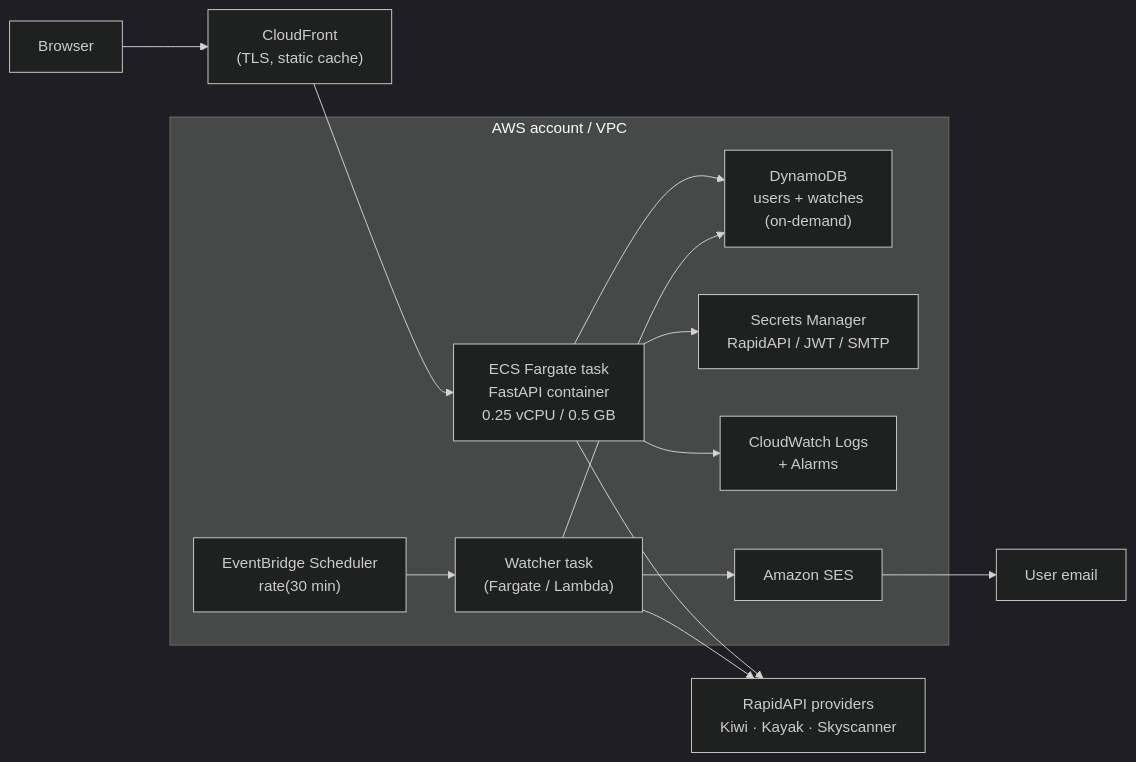
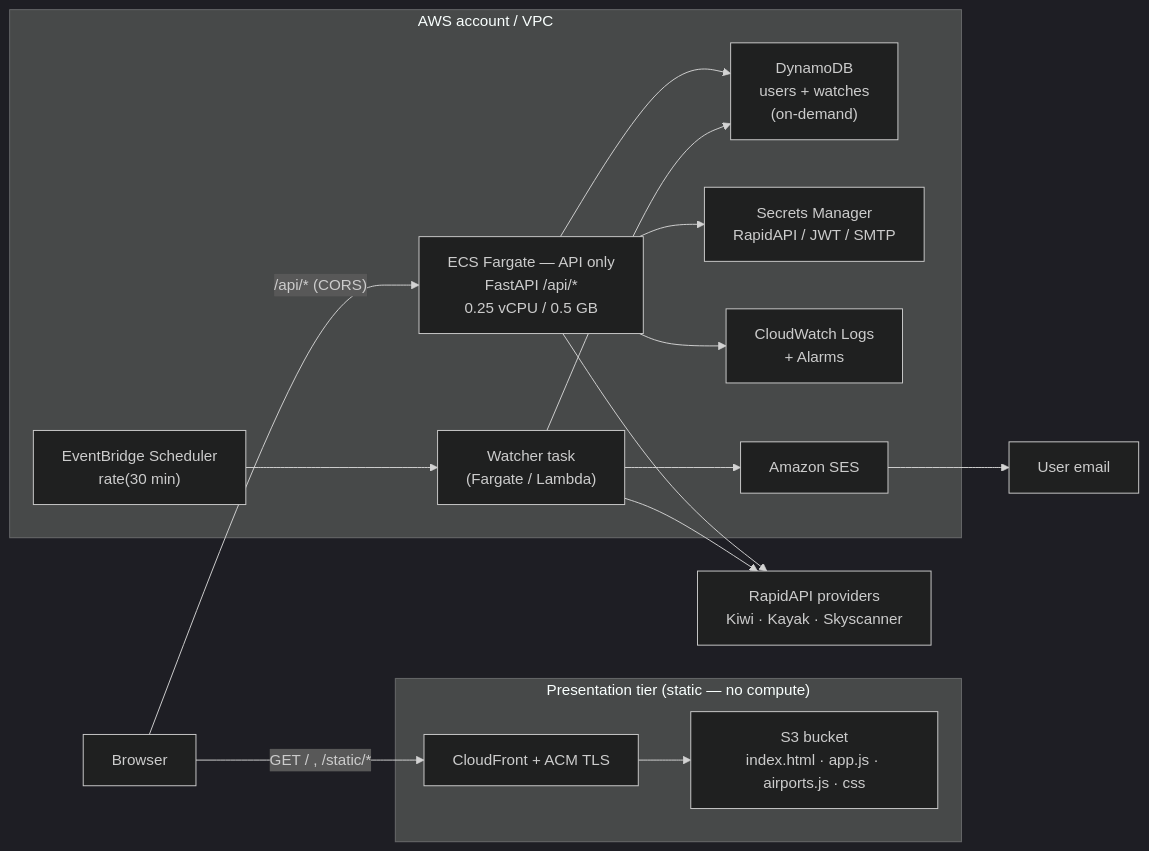
One commit to Adib-commit/flight-search changed the diagram in docs/AWS_MIGRATION.md. Above: the diagram before and after it, drawn with Mermaid (dark theme). The commit also changed other lines of this file and 1 other file, not shown here.

Commit message:
Correct architecture: static frontend on S3+CloudFront, ECS for API only
Frontend is a static site (fetch /api/*), so it does not need compute —
moved to S3 + CloudFront with two origins; Fargate serves /api/* only.

````diff
--- a/docs/AWS_MIGRATION.md
+++ b/docs/AWS_MIGRATION.md
@@ -80,27 +83,32 @@
 ```mermaid
 flowchart LR
     user["Browser"]
-    cf["CloudFront<br/>(TLS, static cache)"]
+
+    subgraph pres["Presentation tier (static — no compute)"]
+        cf["CloudFront + ACM TLS"]
+        s3["S3 bucket<br/>index.html · app.js · airports.js · css"]
+    end
 
     subgraph vpc["AWS account / VPC"]
-        ecs["ECS Fargate task<br/>FastAPI container<br/>0.25 vCPU / 0.5 GB"]
+        ecs["ECS Fargate — API only<br/>FastAPI /api/*<br/>0.25 vCPU / 0.5 GB"]
         ddb["DynamoDB<br/>users + watches<br/>(on-demand)"]
         sm["Secrets Manager<br/>RapidAPI / JWT / SMTP"]
         ebr["EventBridge Scheduler<br/>rate(30 min)"]
         watchtask["Watcher task<br/>(Fargate / Lambda)"]
         cw["CloudWatch Logs<br/>+ Alarms"]
         ses["Amazon SES"]
     end
 
     rapidapi["RapidAPI providers<br/>Kiwi · Kayak · Skyscanner"]
 
-    user --> cf --> ecs
+    user -->|"GET / , /static/*"| cf --> s3
+    user -->|"/api/* (CORS)"| ecs
     ecs --> ddb
     ecs --> sm
     ecs --> rapidapi
     ecs --> cw
     ebr --> watchtask --> rapidapi
     watchtask --> ddb
     watchtask --> ses
     ses --> alert["User email"]
 ```
````
